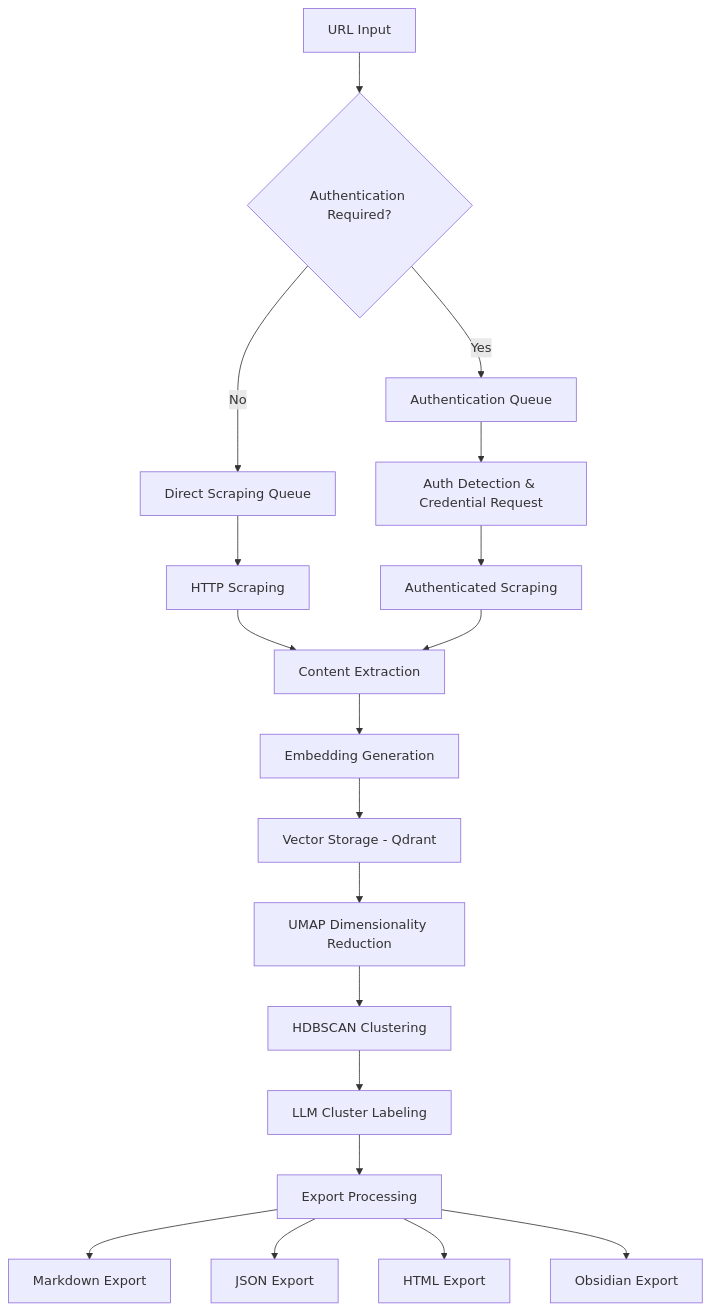
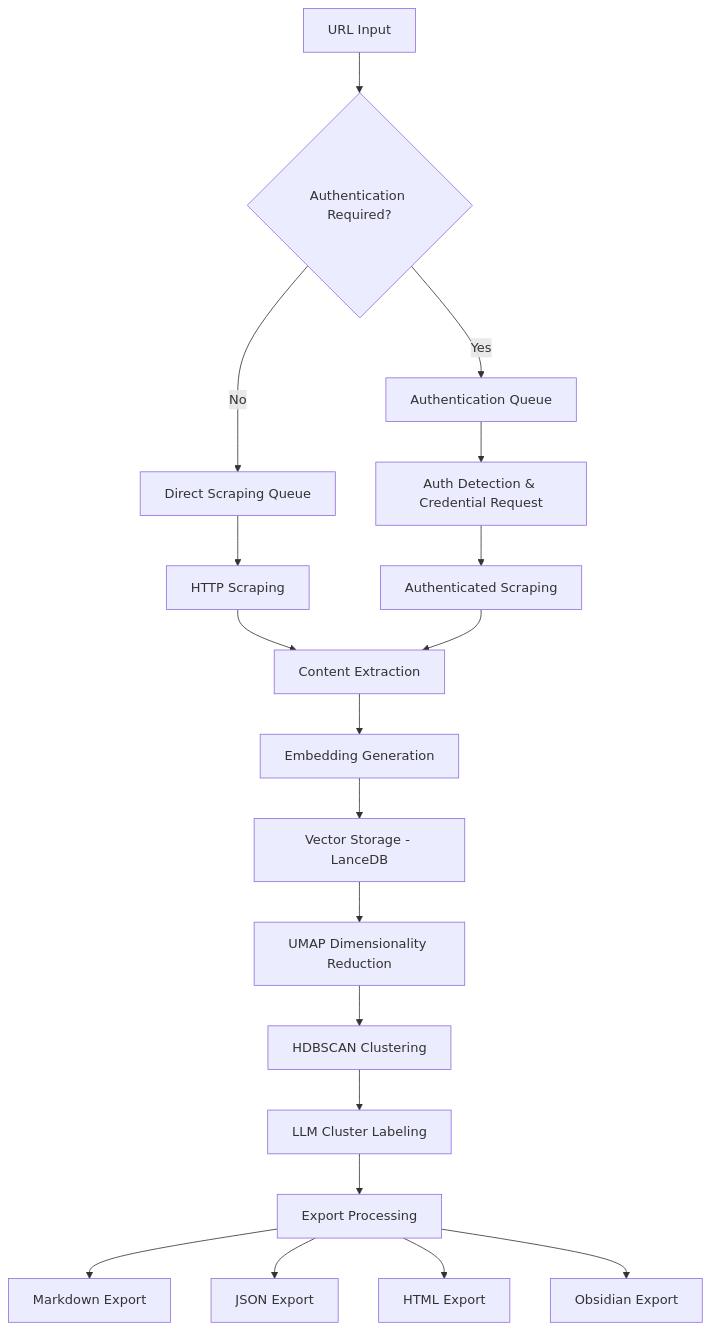
The second of 6 diagrams in docs/ARCHITECTURE.md (berdyh/tab-organizer), drawn with Mermaid before and after one commit. The commit also changed other lines of this file and 9 other files, not shown here.

````diff
--- a/docs/ARCHITECTURE.md
+++ b/docs/ARCHITECTURE.md
@@ -59,27 +59,27 @@
 ```mermaid
 flowchart TD
     A[URL Input] --> B{Authentication Required?}
     B -->|No| C[Direct Scraping Queue]
     B -->|Yes| D[Authentication Queue]
     
     C --> E[HTTP Scraping]
     D --> F[Auth Detection & Credential Request]
     F --> G[Authenticated Scraping]
     
     E --> H[Content Extraction]
     G --> H
     
     H --> I[Embedding Generation]
-    I --> J[Vector Storage - Qdrant]
+    I --> J[Vector Storage - LanceDB]
     
     J --> K[UMAP Dimensionality Reduction]
     K --> L[HDBSCAN Clustering]
     L --> M[LLM Cluster Labeling]
     
     M --> N[Export Processing]
     
     N --> O[Markdown Export]
     N --> P[JSON Export]
     N --> Q[HTML Export]
     N --> R[Obsidian Export]
 ```
````
